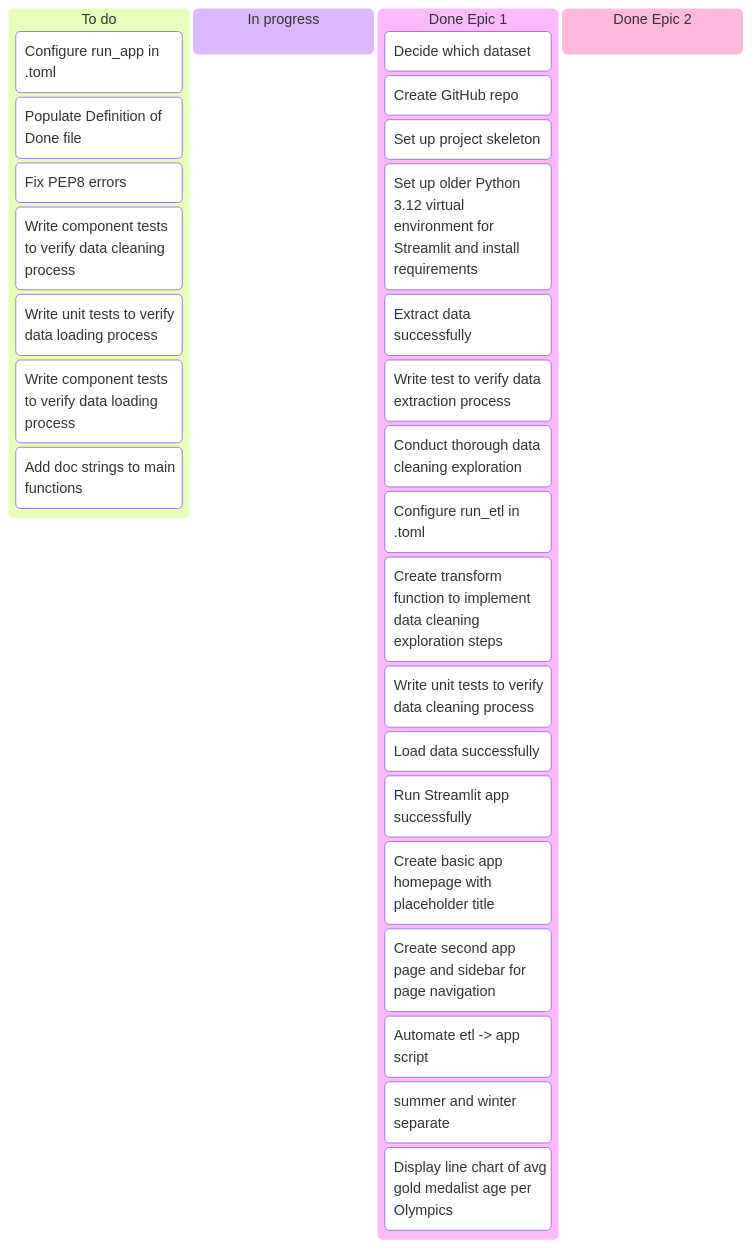
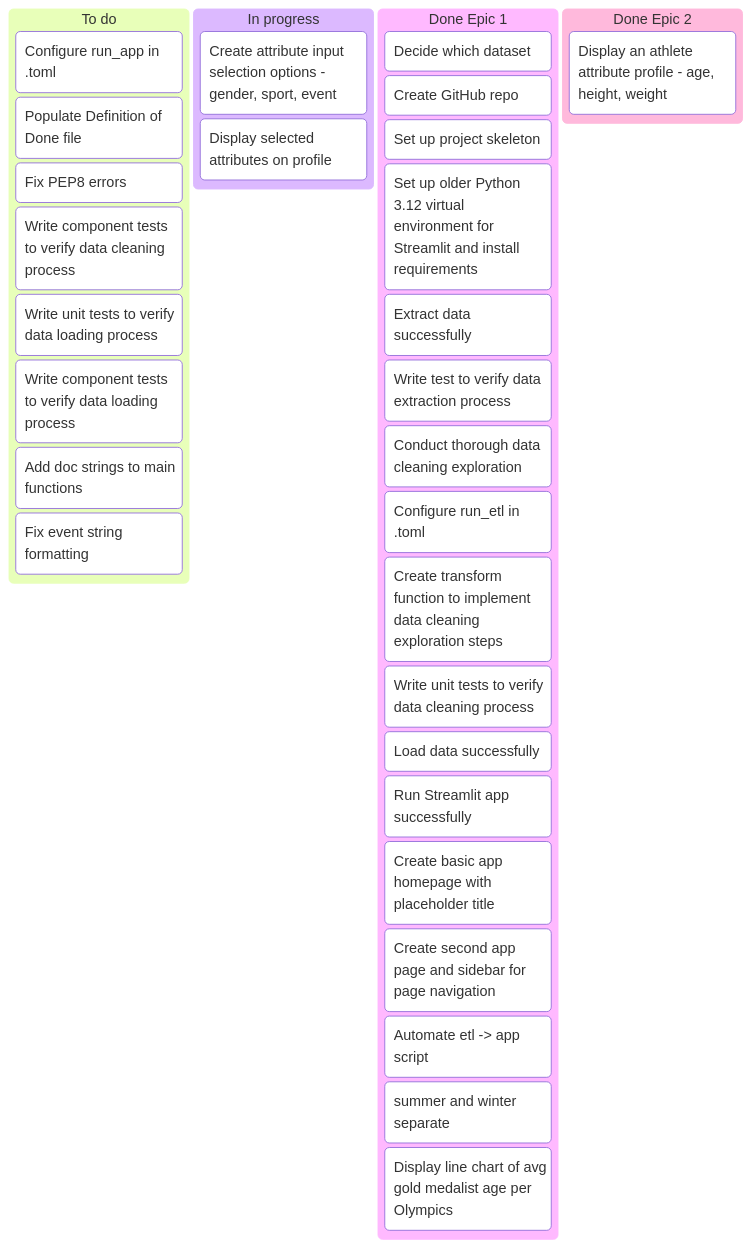
Before and after one commit to RonanD10/capstone-project: the first of 2 diagrams in docs/kanban.md, drawn with Mermaid. The commit also changed 11 other files, not shown here.

````diff
--- a/docs/kanban.md
+++ b/docs/kanban.md
@@ -3,36 +3,39 @@
 ```mermaid
 kanban
     To do
         Configure run_app in .toml
         Populate Definition of Done file
         Fix PEP8 errors
         Write component tests to verify data cleaning process 
         Write unit tests to verify data loading process 
         Write component tests to verify data loading process 
         Add doc strings to main functions
-    
+        Fix event string formatting
+
     In progress
-        
+        Create attribute input selection options - gender, sport, event
+        Display selected attributes on profile 
+
     Done Epic 1
         Decide which dataset
         Create GitHub repo 
         Set up project skeleton
         Set up older Python 3.12 virtual environment for Streamlit and install requirements
         Extract data successfully
         Write test to verify data extraction process
         Conduct thorough data cleaning exploration
         Configure run_etl in .toml
         Create transform function to implement data cleaning exploration steps
         Write unit tests to verify data cleaning process 
         Load data successfully
         Run Streamlit app successfully
         Create basic app homepage with placeholder title
         Create second app page and sidebar for page navigation
         Automate etl -> app script
         Display ordered bar chart of avg age per event (summer and winter separate)
         Display line chart of avg gold medalist age per Olympics
 
     Done Epic 2 
-
+        Display an athlete attribute profile - age, height, weight
         
 ```
````
